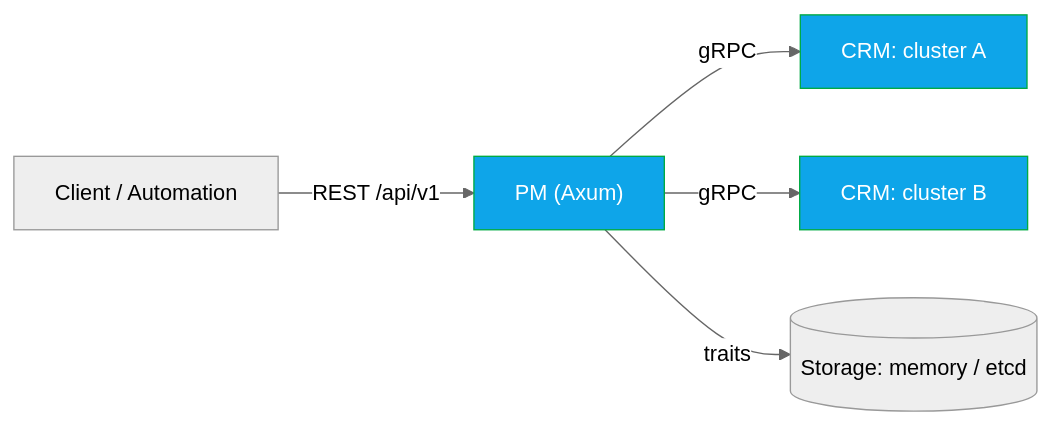
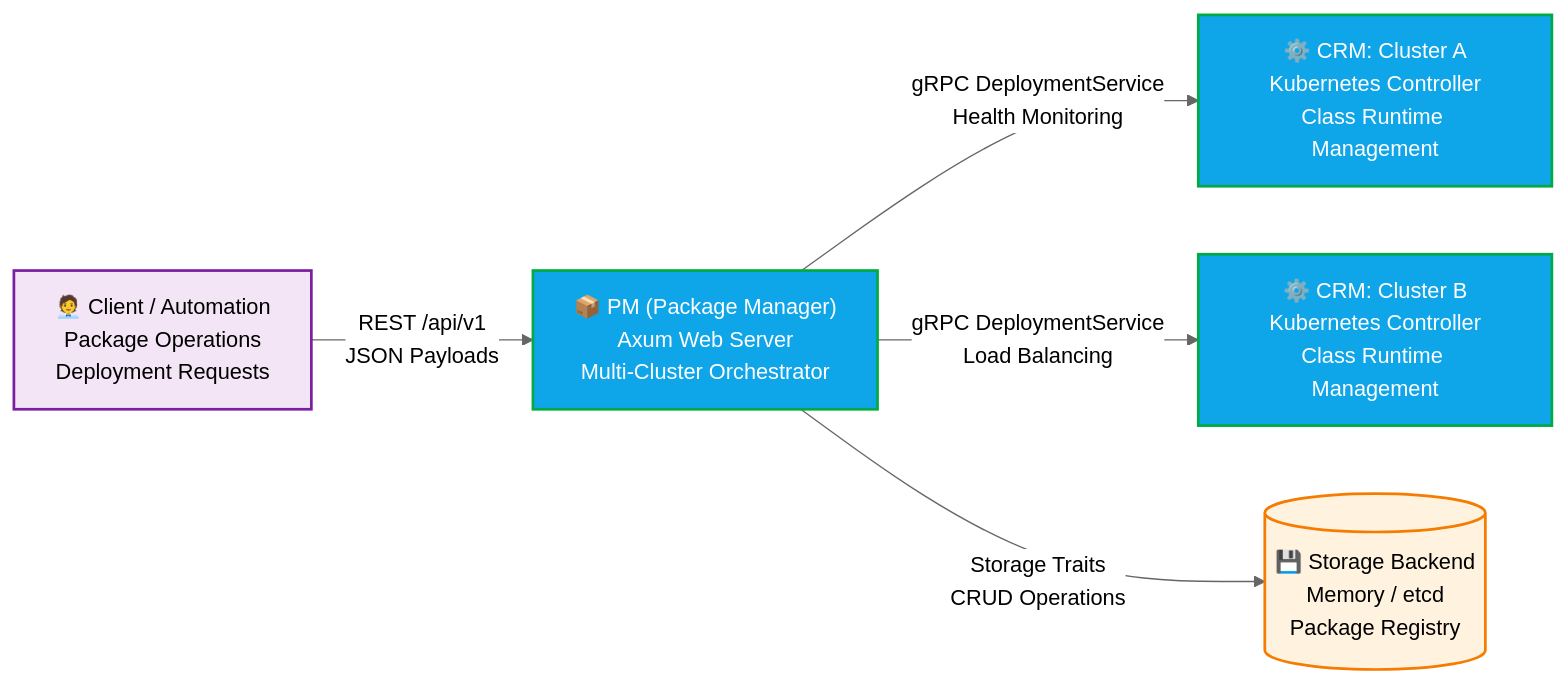
One commit to pawissanutt/oaas-rs changed the diagram in control-plane/oprc-pm/README.md. Above: the diagram before and after it, drawn with Mermaid (neutral theme). The commit also changed other lines of this file and 13 other files, not shown here.

````diff
--- a/control-plane/oprc-pm/README.md
+++ b/control-plane/oprc-pm/README.md
@@ -5,9 +5,17 @@
 ```mermaid
 flowchart LR
-  U["Client / Automation"] -->|REST /api/v1| PM["PM (Axum)"]
-  PM -->|gRPC| C1["CRM: cluster A"]
-  PM -->|gRPC| C2["CRM: cluster B"]
-  PM -->|traits| ST[("Storage: memory / etcd")]
-  classDef svc fill:#0ea5e9,stroke:#0a4,stroke-width:1,color:#fff;
+  U["🧑‍💼 Client / Automation<br/>Package Operations<br/>Deployment Requests"] -->|REST /api/v1<br/>JSON Payloads| PM["📦 PM (Package Manager)<br/>Axum Web Server<br/>Multi-Cluster Orchestrator"]
+  
+  PM -->|gRPC DeploymentService<br/>Health Monitoring| C1["⚙️ CRM: Cluster A<br/>Kubernetes Controller<br/>Class Runtime Management"]
+  PM -->|gRPC DeploymentService<br/>Load Balancing| C2["⚙️ CRM: Cluster B<br/>Kubernetes Controller<br/>Class Runtime Management"]
+  
+  PM -->|Storage Traits<br/>CRUD Operations| ST[("💾 Storage Backend<br/>Memory / etcd<br/>Package Registry")]
+  
+  classDef svc fill:#0ea5e9,stroke:#0a4,stroke-width:2px,color:#fff;
+  classDef client fill:#f3e5f5,stroke:#7b1fa2,stroke-width:2px;
+  classDef storage fill:#fff3e0,stroke:#f57c00,stroke-width:2px;
+  
   class PM,C1,C2 svc
+  class U client
+  class ST storage
 ```
````
